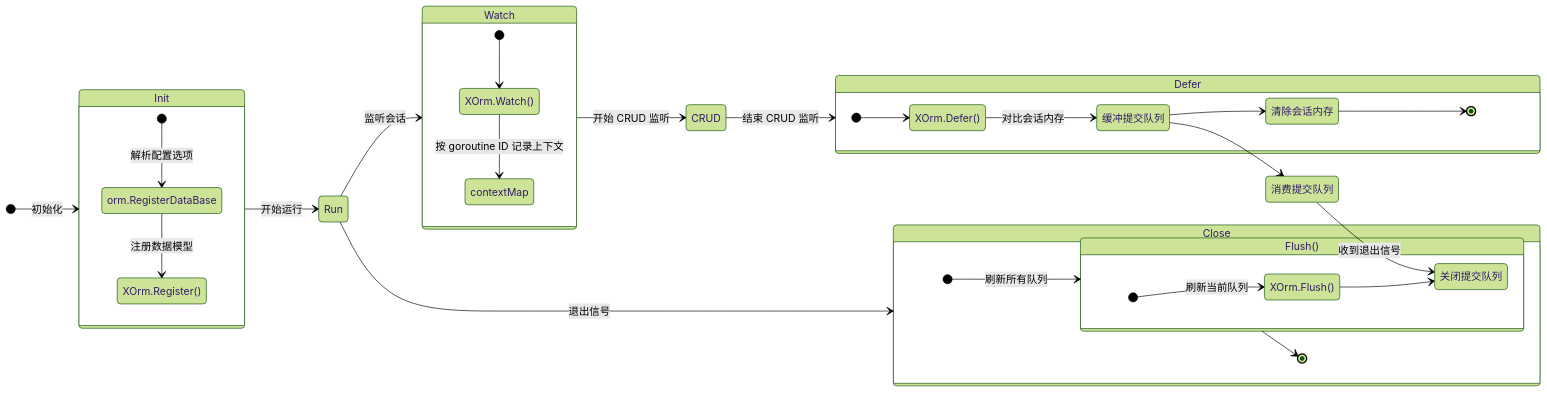
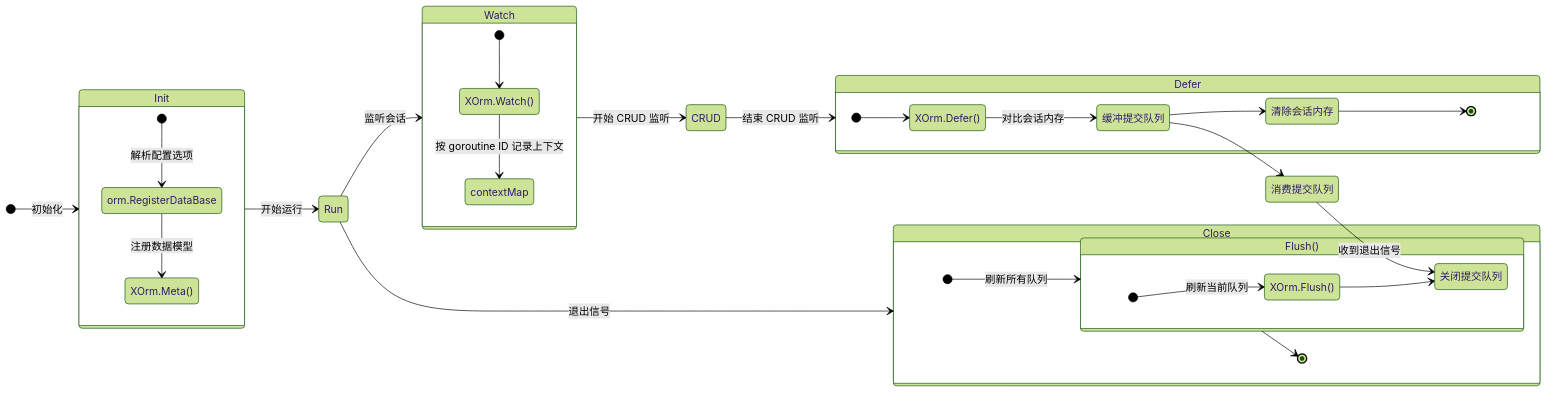
One commit to eframework-io/Go.CRUD changed the first of 2 diagrams in XOrm/README.md. Above: the diagram before and after it, drawn with Mermaid (forest theme). The commit also changed other lines of this file and 2 other files, not shown here.

````diff
--- a/XOrm/README.md
+++ b/XOrm/README.md
@@ -353,45 +353,45 @@
 ```mermaid
 stateDiagram-v2
     direction LR
     [*] --> Init: 初始化
     Init --> Run: 开始运行
     Run --> Watch: 监听会话
     Watch --> CRUD: 开始 CRUD 监听
     CRUD --> Defer: 结束 CRUD 监听
     Run --> Close: 退出信号
 
     state Init {
         direction TB
         [*] --> orm.RegisterDataBase: 解析配置选项
-        orm.RegisterDataBase --> XOrm.Register(): 注册数据模型
+        orm.RegisterDataBase --> XOrm.Meta(): 注册数据模型
     }
 
     state Watch {
         direction TB
         [*] --> XOrm.Watch()
         XOrm.Watch() --> contextMap: 按 goroutine ID 记录上下文
     }
 
     state Defer {
         direction TB
         [*] --> XOrm.Defer()
         XOrm.Defer() --> 缓冲提交队列: 对比会话内存
         缓冲提交队列 --> 清除会话内存
         清除会话内存 --> [*]
     }
 
     state Flush(){
         direction TB
         [*] --> XOrm.Flush(): 刷新当前队列
         XOrm.Flush() --> 关闭提交队列
     }
 
     state Close{
         direction TB
         [*] --> Flush(): 刷新所有队列
         Flush() --> [*]
     }
    
     缓冲提交队列 --> 消费提交队列
     消费提交队列 --> 关闭提交队列: 收到退出信号
 ```
````
